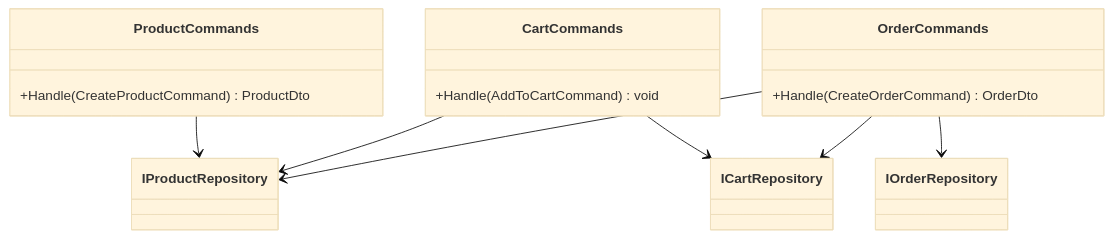
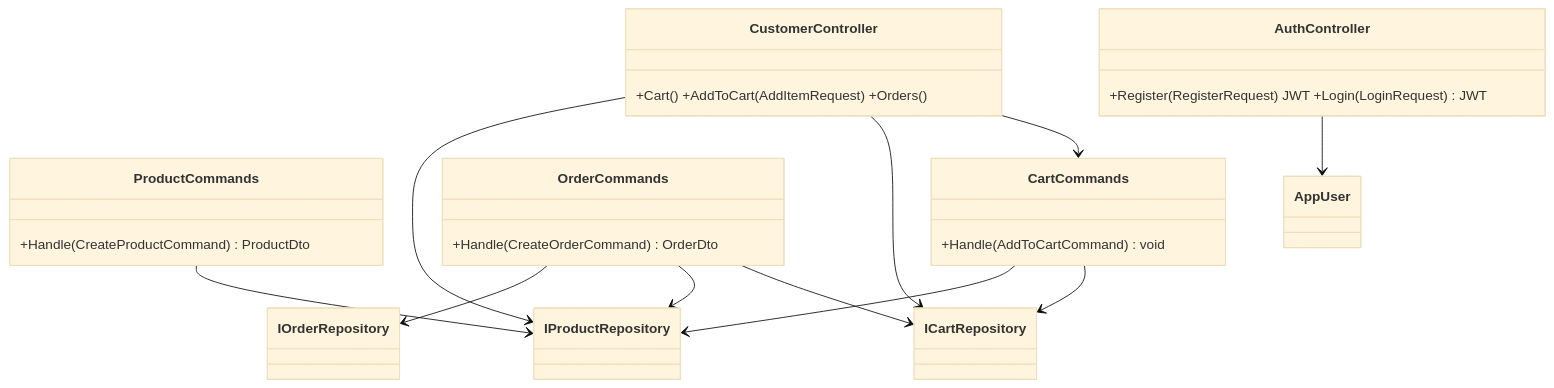
The second of 2 diagrams in docs/uml.md (SiddaiahLakkarse/ReactECommerceAPP), drawn with Mermaid (base theme) before and after one commit. The commit also changed other lines of this file and 5 other files, not shown here.

````diff
--- a/docs/uml.md
+++ b/docs/uml.md
@@ -30,15 +31,21 @@
 ```mermaid
 classDiagram
   class ProductCommands { +Handle(CreateProductCommand) ProductDto }
   class CartCommands { +Handle(AddToCartCommand) void }
   class OrderCommands { +Handle(CreateOrderCommand) OrderDto }
+  class AuthController { +Register(RegisterRequest) JWT +Login(LoginRequest) JWT }
+  class CustomerController { +Cart() +AddToCart(AddItemRequest) +Orders() }
   class IProductRepository
   class ICartRepository
   class IOrderRepository
+  AuthController --> AppUser
+  CustomerController --> CartCommands
+  CustomerController --> ICartRepository
+  CustomerController --> IProductRepository
   ProductCommands --> IProductRepository
   CartCommands --> ICartRepository
   CartCommands --> IProductRepository
   OrderCommands --> ICartRepository
   OrderCommands --> IProductRepository
   OrderCommands --> IOrderRepository
 ```
````
